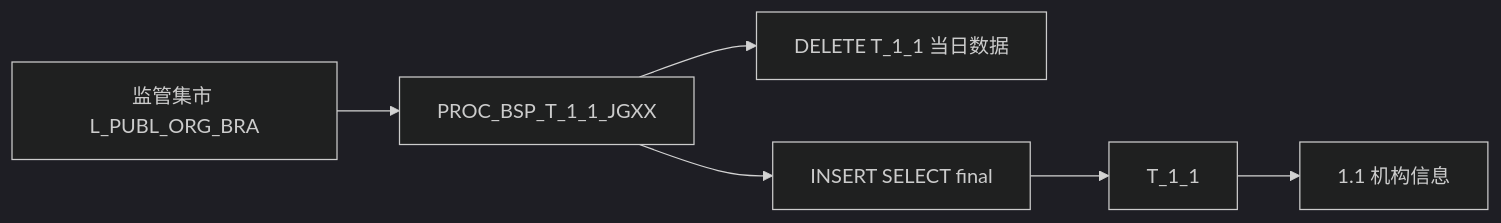
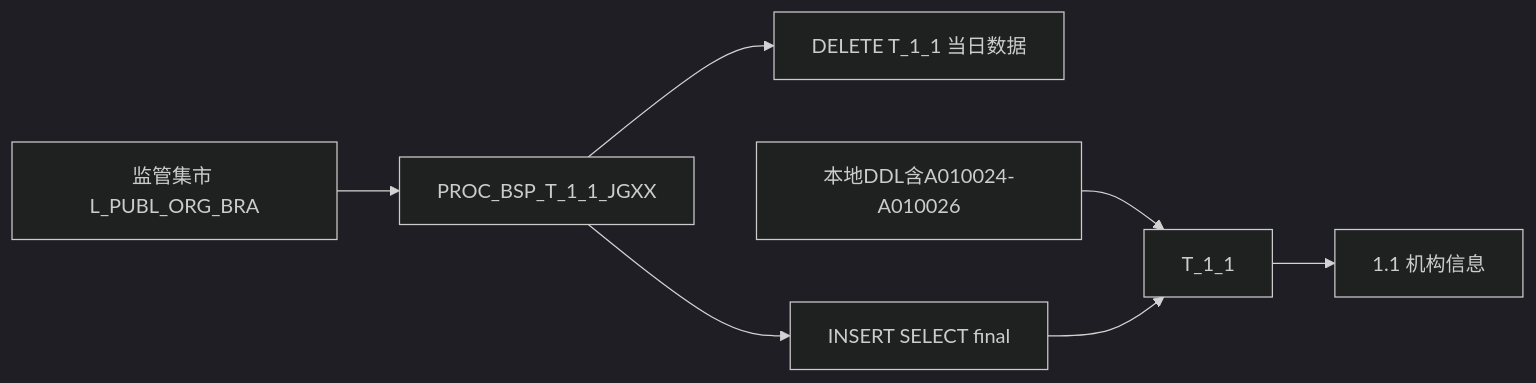
One commit to zhoujk1989-arch/Obsidian changed the first of 2 diagrams in WisdomLedger/知识库/血缘/一表通系统/血缘-1.1-机构信息-一表通系统.md. Above: the diagram before and after it, drawn with Mermaid (dark theme). The commit also changed other lines of this file and 23 other files, not shown here.

First line of the commit message:
``` chore(obsidian): 更新图谱缩放比例和工作区配置

````diff
--- a/WisdomLedger/知识库/血缘/一表通系统/血缘-1.1-机构信息-一表通系统.md
+++ b/WisdomLedger/知识库/血缘/一表通系统/血缘-1.1-机构信息-一表通系统.md
@@ -89,8 +95,9 @@
 ```mermaid
 flowchart LR
     A[监管集市 L_PUBL_ORG_BRA] --> B[PROC_BSP_T_1_1_JGXX]
     B --> C[DELETE T_1_1 当日数据]
     B --> D[INSERT SELECT final]
+    G[本地DDL含A010024-A010026] --> E[T_1_1]
     D --> E[T_1_1]
     E --> F[1.1 机构信息]
 ```
````
